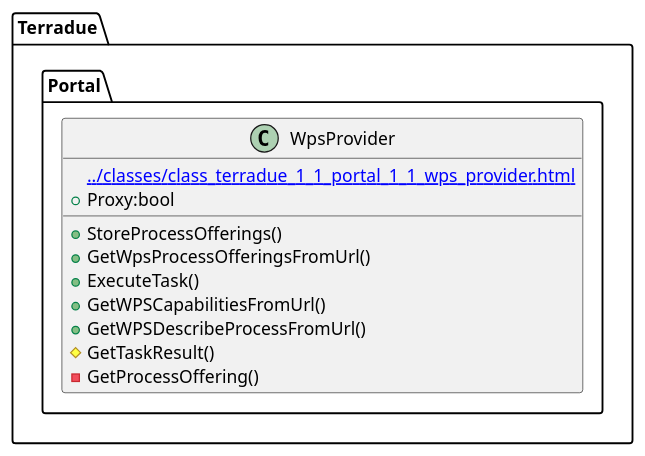
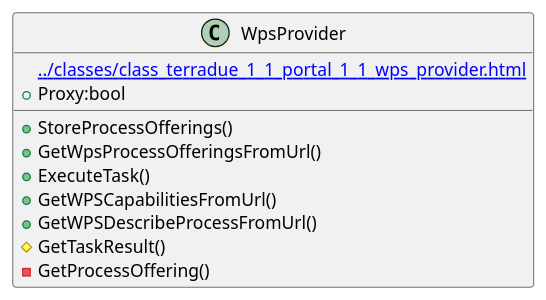
One commit to urban-tep/DDF-SDD changed the diagram in source/classes/class_terradue_1_1_portal_1_1_wps_provider.iuml. Above: the diagram before and after it, drawn with PlantUML. The commit also changed 50 other files, not shown here.

```diff
--- a/source/classes/class_terradue_1_1_portal_1_1_wps_provider.iuml
+++ b/source/classes/class_terradue_1_1_portal_1_1_wps_provider.iuml
@@ -1,14 +1,13 @@
 @startuml
-set namespaceSeparator ::
-class Terradue::Portal::WpsProvider {
+class WpsProvider {
 [[../classes/class_terradue_1_1_portal_1_1_wps_provider.html]]
  +Proxy:bool
  +StoreProcessOfferings()
  +GetWpsProcessOfferingsFromUrl()
  +ExecuteTask()
  +GetWPSCapabilitiesFromUrl()
  +GetWPSDescribeProcessFromUrl()
  #GetTaskResult()
  -GetProcessOffering()
 }
 @enduml
```
